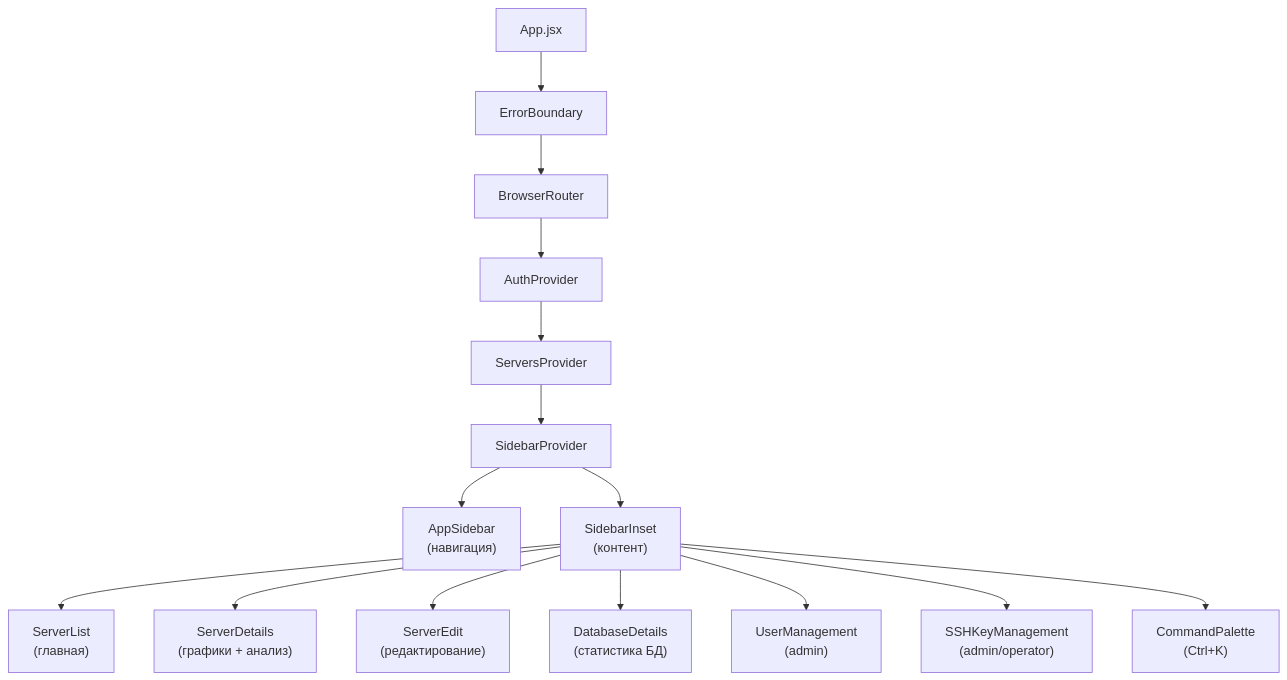
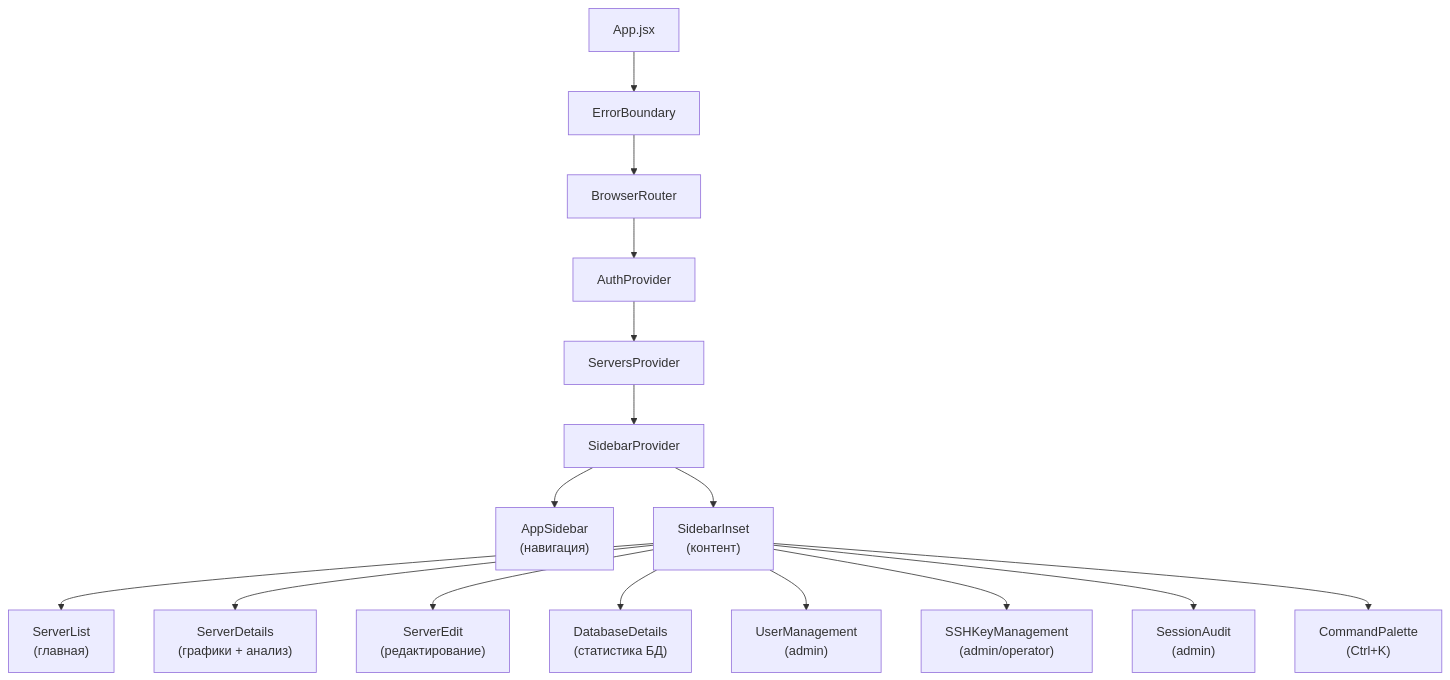
The first of 2 diagrams in frontend/README.md (wobujidao/PostgreSQL-Activity-Monitor), drawn with Mermaid before and after one commit. The commit also changed other lines of this file and 3 other files, not shown here.

````diff
--- a/frontend/README.md
+++ b/frontend/README.md
@@ -23,27 +23,28 @@
 ```mermaid
 graph TD
     App["App.jsx"]
     EB["ErrorBoundary"]
     Router["BrowserRouter"]
     AuthProv["AuthProvider"]
     ServersProv["ServersProvider"]
     Sidebar["SidebarProvider"]
 
     App --> EB
     EB --> Router
     Router --> AuthProv
     AuthProv --> ServersProv
     ServersProv --> Sidebar
 
     Sidebar --> AppSidebar["AppSidebar<br/>(навигация)"]
     Sidebar --> Content["SidebarInset<br/>(контент)"]
 
     Content --> SL["ServerList<br/>(главная)"]
     Content --> SD["ServerDetails<br/>(графики + анализ)"]
     Content --> SE["ServerEdit<br/>(редактирование)"]
     Content --> DD["DatabaseDetails<br/>(статистика БД)"]
     Content --> UM["UserManagement<br/>(admin)"]
     Content --> SK["SSHKeyManagement<br/>(admin/operator)"]
+    Content --> SA["SessionAudit<br/>(admin)"]
 
     Content --> CMD["CommandPalette<br/>(Ctrl+K)"]
 ```
````
